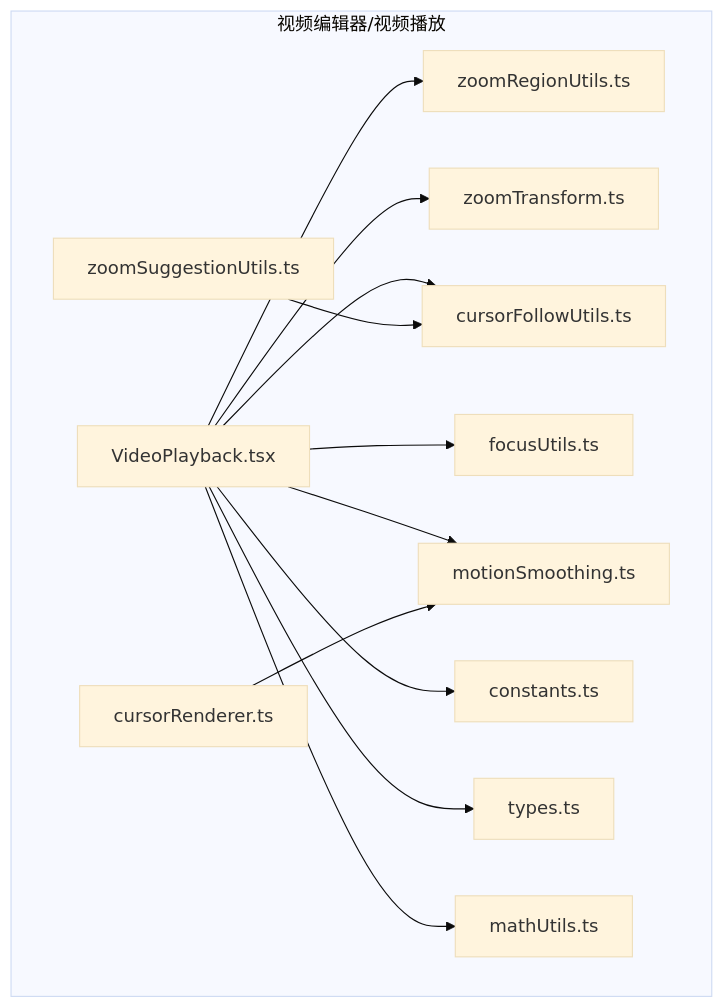
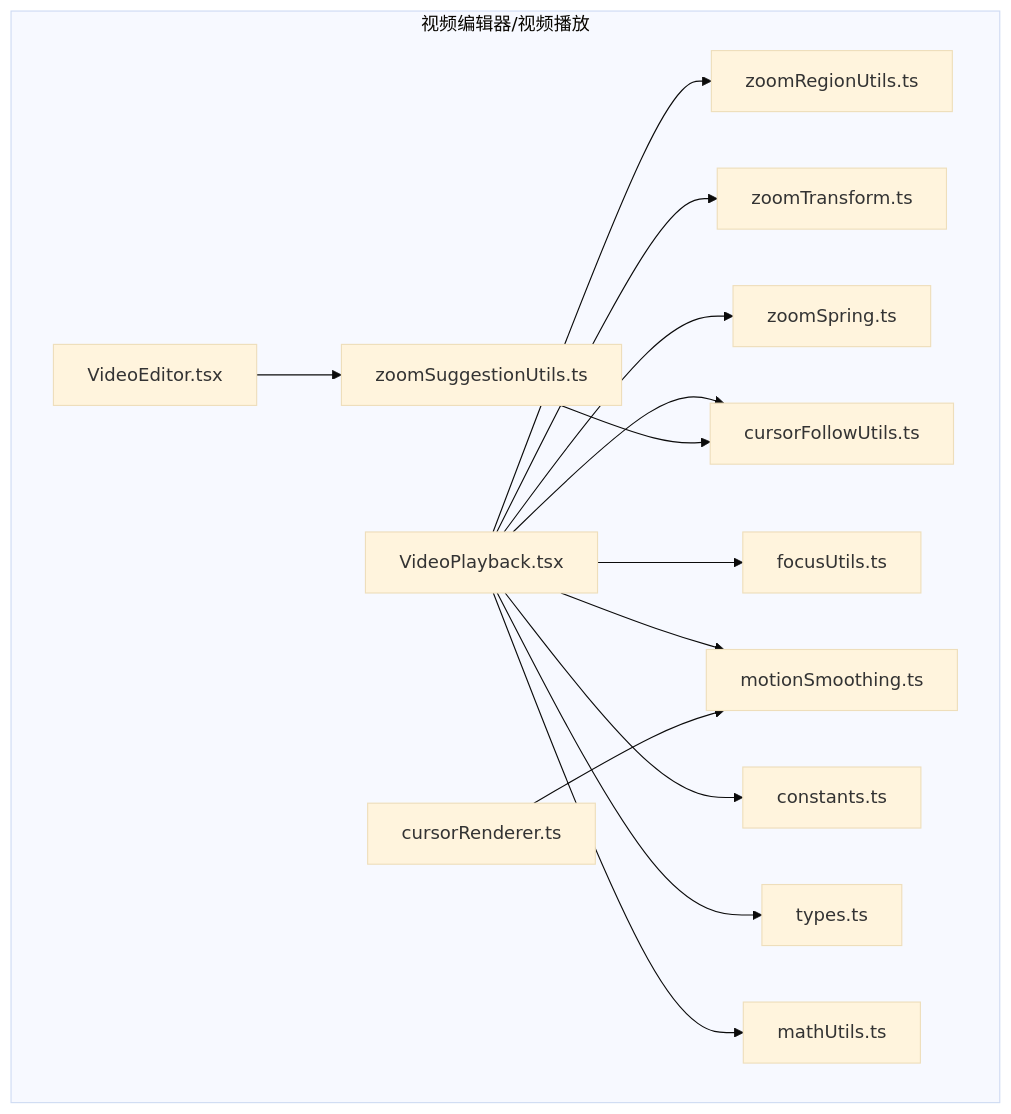
The first of 8 diagrams in .qoder/repowiki/zh/content/游标遥测系统/智能缩放算法.md (zhanggmin/openscreen), drawn with Mermaid (base theme) before and after one commit. The commit also changed other lines of this file and 68 other files, not shown here.

Commit message:
开发图文编辑功能

````diff
--- a/.qoder/repowiki/zh/content/游标遥测系统/智能缩放算法.md
+++ b/.qoder/repowiki/zh/content/游标遥测系统/智能缩放算法.md
@@ -52,26 +69,30 @@
 ```mermaid
 graph TB
 subgraph "视频编辑器/视频播放"
 VP["VideoPlayback.tsx"]
 ZU["zoomRegionUtils.ts"]
 ZT["zoomTransform.ts"]
+ZS["zoomSpring.ts"]
 CFU["cursorFollowUtils.ts"]
 FU["focusUtils.ts"]
 MS["motionSmoothing.ts"]
 CT["constants.ts"]
 TY["types.ts"]
 MU["mathUtils.ts"]
 ZSU["zoomSuggestionUtils.ts"]
 CR["cursorRenderer.ts"]
+VE["VideoEditor.tsx"]
 end
 VP --> ZU
 VP --> ZT
+VP --> ZS
 VP --> CFU
 VP --> FU
 VP --> MS
 VP --> CT
 VP --> TY
 VP --> MU
 ZSU --> CFU
 CR --> MS
+VE --> ZSU
 ```
````
